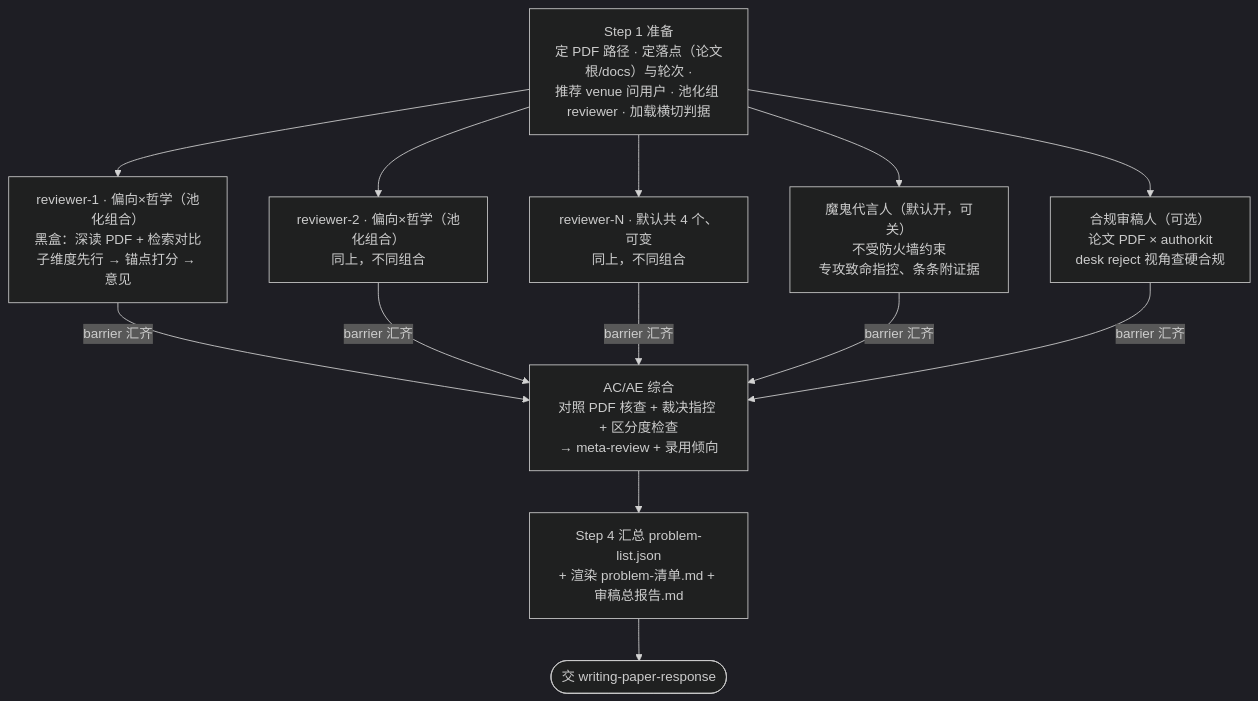
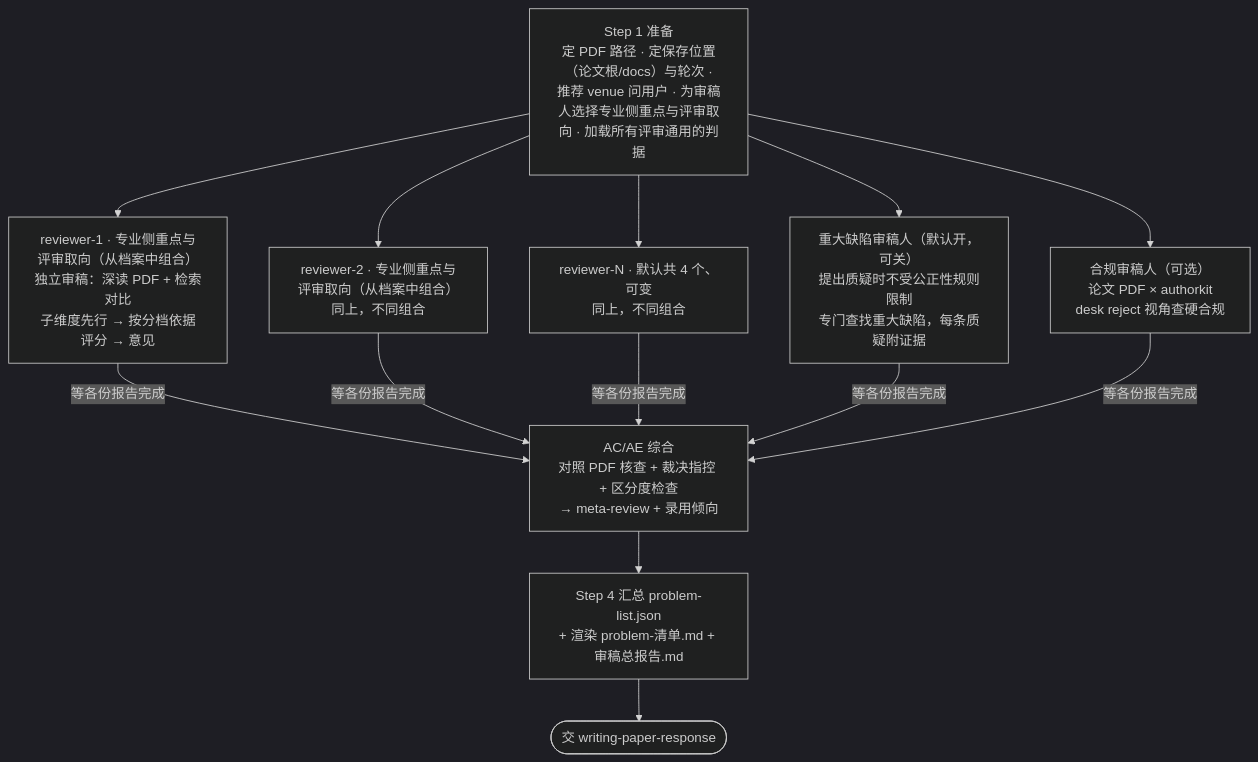
Before and after one commit to jackwang0108/dl-assistant: the second of 2 diagrams in plugins/dl-assistant/skills/writing-paper-review/SKILL.md, drawn with Mermaid (dark theme). The commit also changed other lines of this file and 143 other files, not shown here.

````diff
--- a/plugins/dl-assistant/skills/writing-paper-review/SKILL.md
+++ b/plugins/dl-assistant/skills/writing-paper-review/SKILL.md
@@ -65,16 +65,16 @@
 ```mermaid
 flowchart TD
-    S1["Step 1 准备<br/>定 PDF 路径 · 定落点（论文根/docs）与轮次 ·<br/>推荐 venue 问用户 · 池化组 reviewer · 加载横切判据"]
+    S1["Step 1 准备<br/>定 PDF 路径 · 定保存位置（论文根/docs）与轮次 ·<br/>推荐 venue 问用户 · 为审稿人选择专业侧重点与评审取向 · 加载所有评审通用的判据"]
 
     S1 --> R1 & R2 & RN & DA & CP
 
-    R1["reviewer-1 · 偏向×哲学（池化组合）<br/>黑盒：深读 PDF + 检索对比<br/>子维度先行 → 锚点打分 → 意见"]
-    R2["reviewer-2 · 偏向×哲学（池化组合）<br/>同上，不同组合"]
+    R1["reviewer-1 · 专业侧重点与评审取向（从档案中组合）<br/>独立审稿：深读 PDF + 检索对比<br/>子维度先行 → 按分档依据评分 → 意见"]
+    R2["reviewer-2 · 专业侧重点与评审取向（从档案中组合）<br/>同上，不同组合"]
     RN["reviewer-N · 默认共 4 个、可变<br/>同上，不同组合"]
-    DA["魔鬼代言人（默认开，可关）<br/>不受防火墙约束<br/>专攻致命指控、条条附证据"]
+    DA["重大缺陷审稿人（默认开，可关）<br/>提出质疑时不受公正性规则限制<br/>专门查找重大缺陷，每条质疑附证据"]
     CP["合规审稿人（可选）<br/>论文 PDF × authorkit<br/>desk reject 视角查硬合规"]
 
-    R1 & R2 & RN & DA & CP -->|barrier 汇齐| AC["AC/AE 综合<br/>对照 PDF 核查 + 裁决指控 + 区分度检查<br/>→ meta-review + 录用倾向"]
+    R1 & R2 & RN & DA & CP -->|等各份报告完成| AC["AC/AE 综合<br/>对照 PDF 核查 + 裁决指控 + 区分度检查<br/>→ meta-review + 录用倾向"]
     AC --> S4["Step 4 汇总 problem-list.json<br/>+ 渲染 problem-清单.md + 审稿总报告.md"]
     S4 --> END([交 writing-paper-response])
 ```
````
